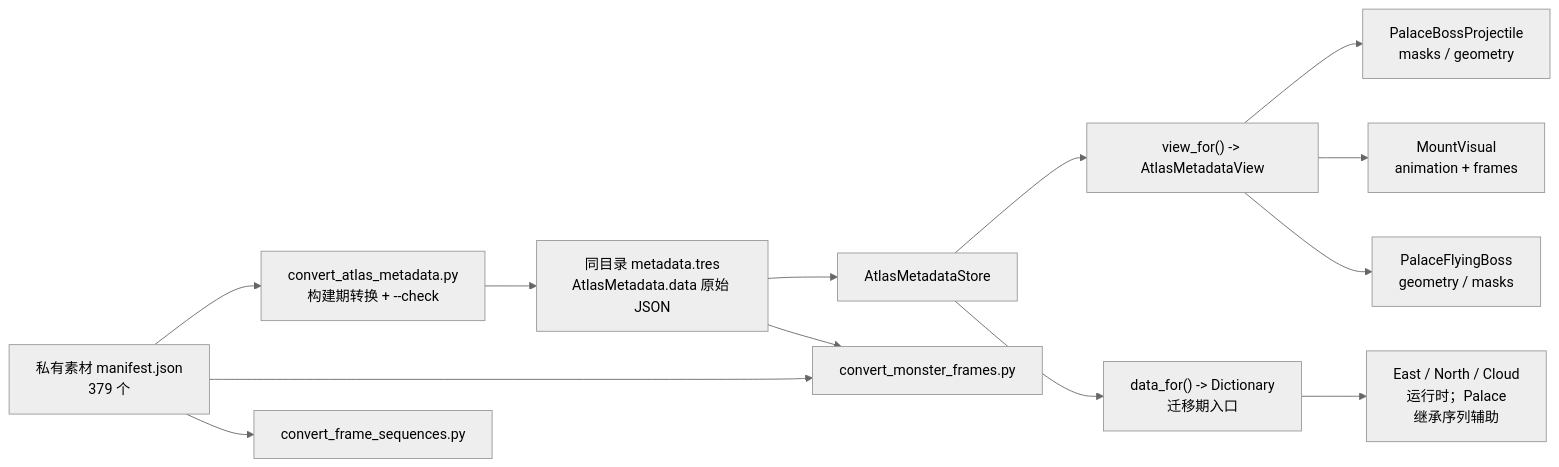
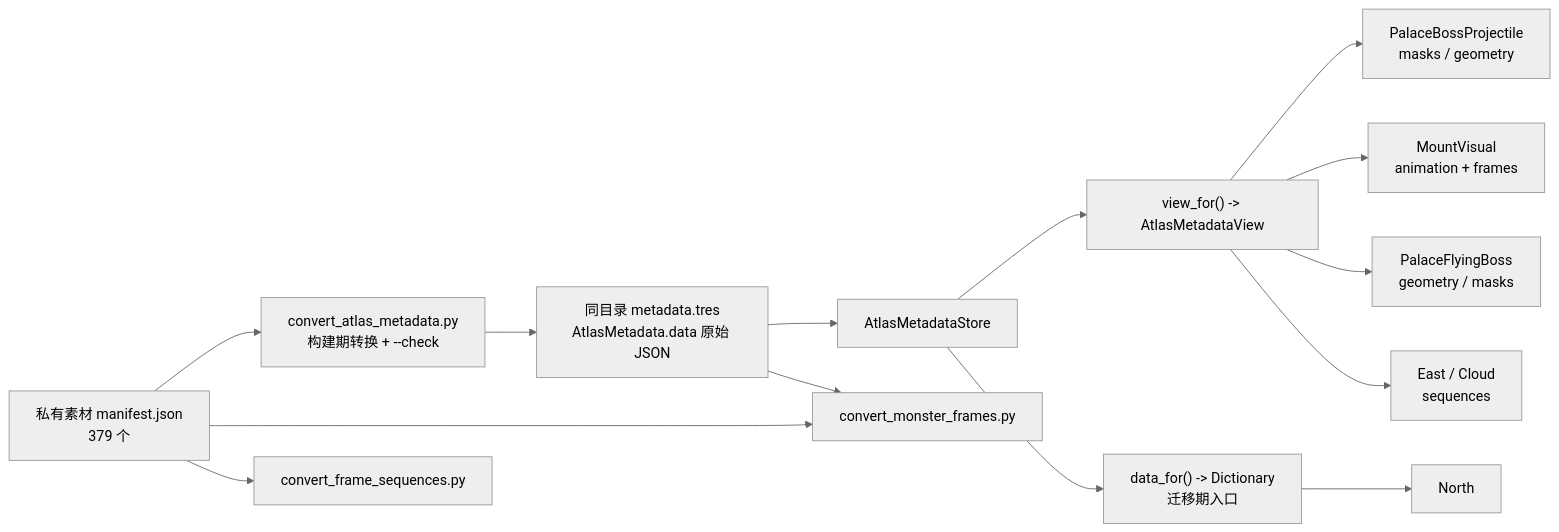
One commit to 0xnayuta/BHYH changed the diagram in docs/reference/atlas_metadata_schema.md. Above: the diagram before and after it, drawn with Mermaid (neutral theme). The commit also changed other lines of this file and 11 other files, not shown here.

````diff
--- a/docs/reference/atlas_metadata_schema.md
+++ b/docs/reference/atlas_metadata_schema.md
@@ -10,15 +10,16 @@
 ```mermaid
 flowchart LR
     M["私有素材 manifest.json<br/>379 个"] --> C["convert_atlas_metadata.py<br/>构建期转换 + --check"]
     C --> R["同目录 metadata.tres<br/>AtlasMetadata.data 原始 JSON"]
     R --> S["AtlasMetadataStore"]
     S --> SV["view_for() -> AtlasMetadataView"]
     S --> SD["data_for() -> Dictionary<br/>迁移期入口"]
     SV --> P["PalaceBossProjectile<br/>masks / geometry"]
     SV --> V["MountVisual<br/>animation + frames"]
     SV --> PF["PalaceFlyingBoss<br/>geometry / masks"]
-    SD --> E["East / North / Cloud<br/>运行时；Palace<br/>继承序列辅助"]
+    SV --> E["East / Cloud<br/>sequences"]
+    SD --> N["North"]
     M --> B1["convert_monster_frames.py"]
     M --> B2["convert_frame_sequences.py"]
     R --> B1
 ```
````
